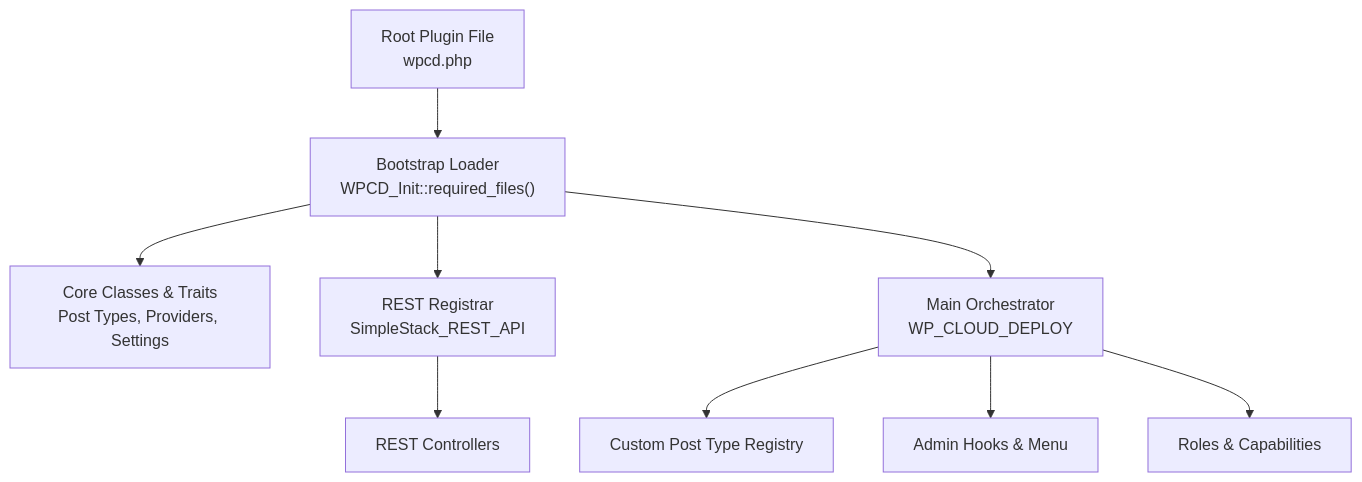
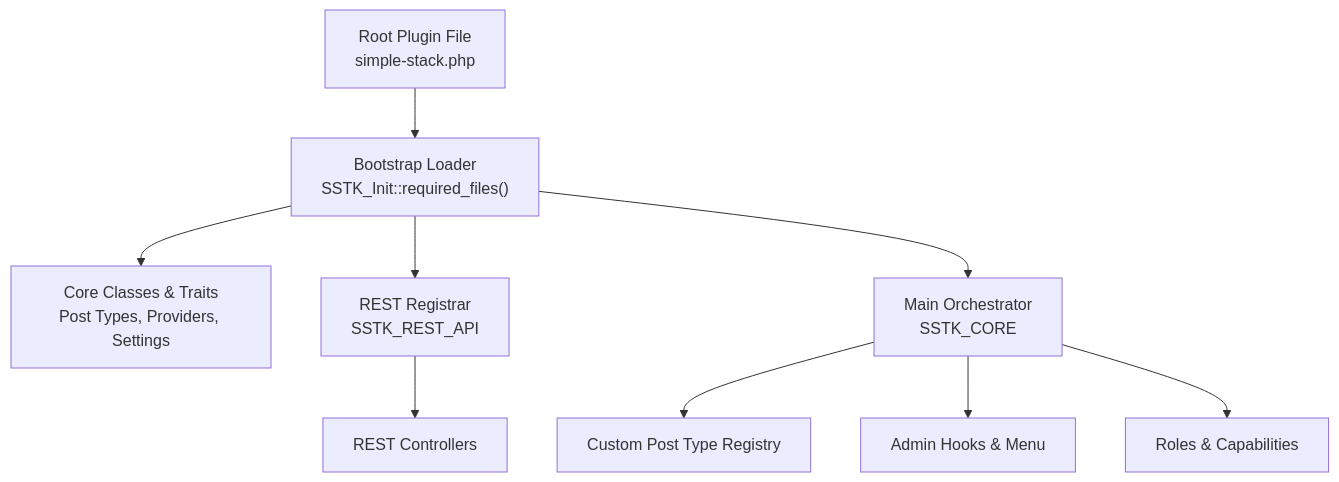
One commit to onedogsolutions/simple-stack changed the first of 5 diagrams in .qoder/repowiki/en/content/Core Components/Plugin Bootstrap & Initialization.md. Above: the diagram before and after it, drawn with Mermaid. The commit also changed other lines of this file and 5941 other files, not shown here.

First line of the commit message:
refactor(core): rebrand WPCloudDeploy to Simple Stack with new namespaces and prefixes

````diff
--- a/.qoder/repowiki/en/content/Core Components/Plugin Bootstrap & Initialization.md
+++ b/.qoder/repowiki/en/content/Core Components/Plugin Bootstrap & Initialization.md
@@ -36,11 +36,11 @@
 ```mermaid
 graph TB
-Root["Root Plugin File<br/>wpcd.php"] --> Loader["Bootstrap Loader<br/>WPCD_Init::required_files()"]
+Root["Root Plugin File<br/>simple-stack.php"] --> Loader["Bootstrap Loader<br/>SSTK_Init::required_files()"]
 Loader --> CoreFiles["Core Classes & Traits<br/>Post Types, Providers, Settings"]
-Loader --> RestRegistrar["REST Registrar<br/>SimpleStack_REST_API"]
-Loader --> MainOrchestrator["Main Orchestrator<br/>WP_CLOUD_DEPLOY"]
+Loader --> RestRegistrar["REST Registrar<br/>SSTK_REST_API"]
+Loader --> MainOrchestrator["Main Orchestrator<br/>SSTK_CORE"]
 MainOrchestrator --> PostTypes["Custom Post Type Registry"]
 MainOrchestrator --> AdminHooks["Admin Hooks & Menu"]
 MainOrchestrator --> Roles["Roles & Capabilities"]
 RestRegistrar --> Controllers["REST Controllers"]
 ```
````
